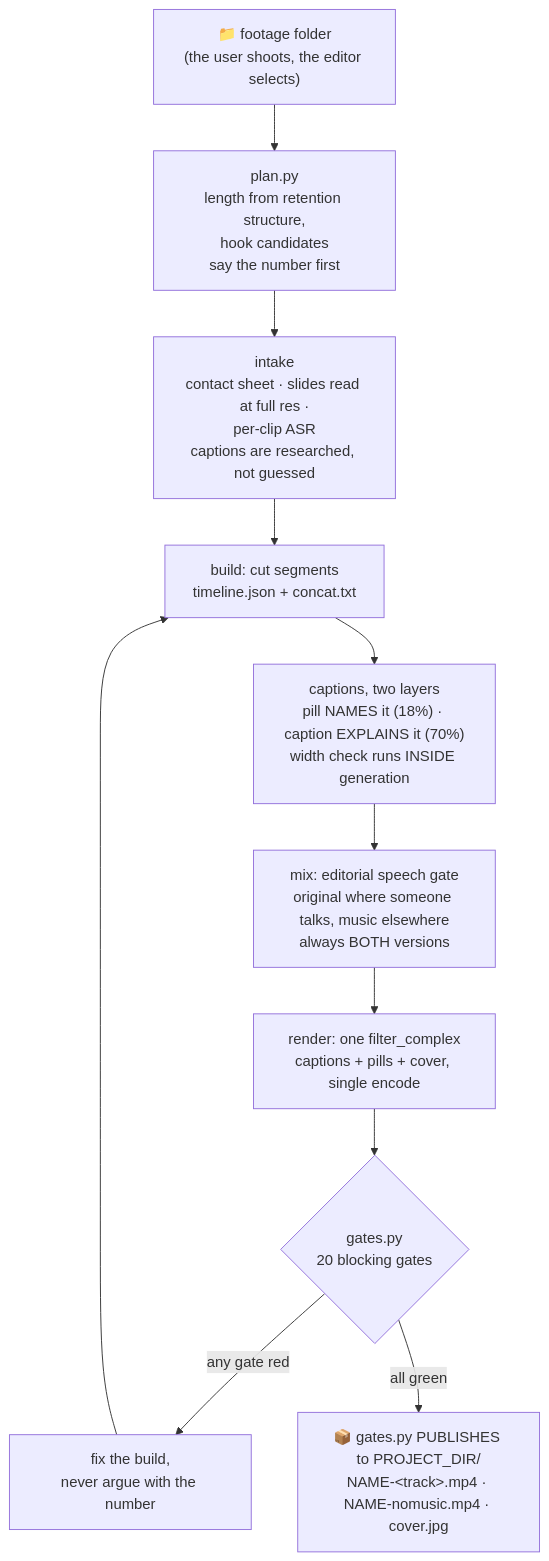
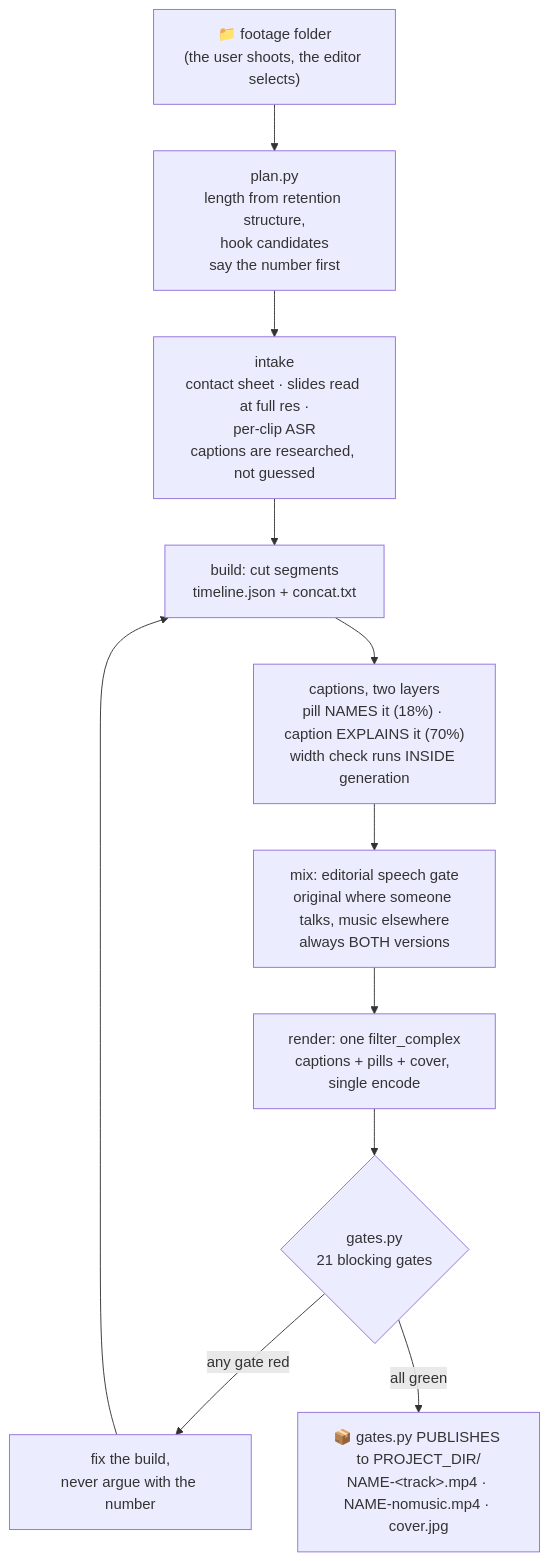
Before and after one commit to chyiiiiiiiiiiii/yiibu: the diagram in README.md, drawn with Mermaid. The commit also changed other lines of this file and 39 other files, not shown here.

````diff
--- a/README.md
+++ b/README.md
@@ -98,12 +98,12 @@
 ```mermaid
 flowchart TD
     A["📁 footage folder<br/>(the user shoots, the editor selects)"] --> P["plan.py<br/>length from retention structure,<br/>hook candidates<br/>say the number first"]
     P --> I["intake<br/>contact sheet · slides read at full res ·<br/>per-clip ASR<br/>captions are researched, not guessed"]
     I --> B["build: cut segments<br/>timeline.json + concat.txt"]
     B --> C["captions, two layers<br/>pill NAMES it (18%) · caption EXPLAINS it (70%)<br/>width check runs INSIDE generation"]
     C --> M["mix: editorial speech gate<br/>original where someone talks, music elsewhere<br/>always BOTH versions"]
     M --> R["render: one filter_complex<br/>captions + pills + cover, single encode"]
-    R --> G{"gates.py<br/>20 blocking gates"}
+    R --> G{"gates.py<br/>21 blocking gates"}
     G -->|any gate red| F["fix the build,<br/>never argue with the number"] --> B
     G -->|all green| D["📦 gates.py PUBLISHES to PROJECT_DIR/<br/>NAME-&lt;track&gt;.mp4 · NAME-nomusic.mp4 · cover.jpg"]
 ```
````
